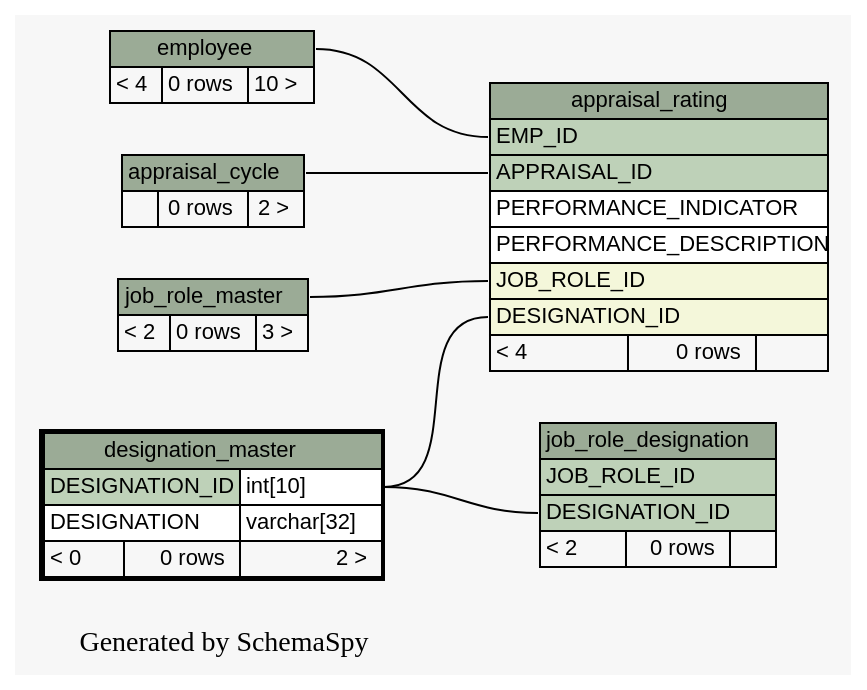
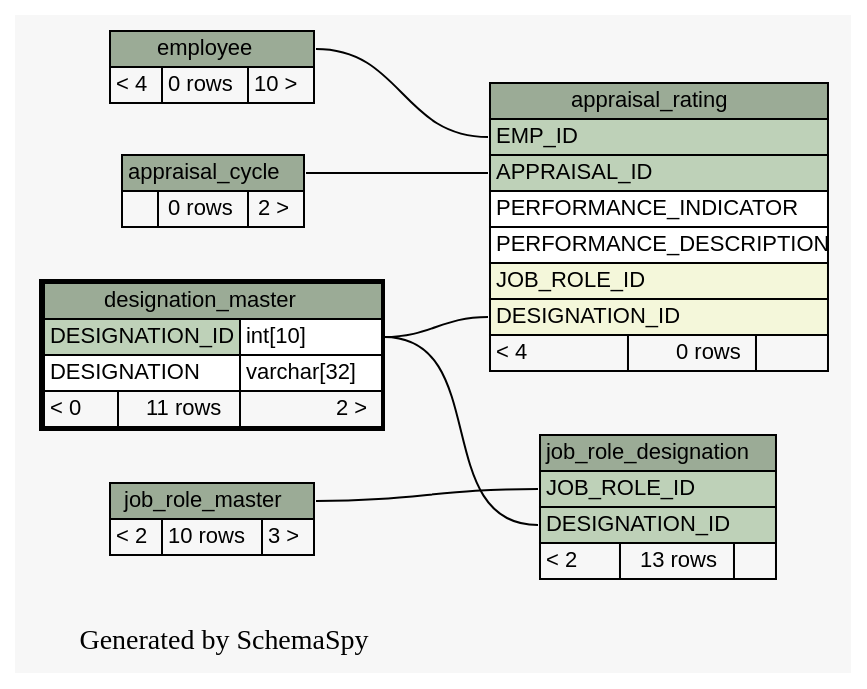
Before and after one commit to engineerscraft/hrms: the diagram in docs/database/schemaspy/graphs/designation_master.2degrees.dot, drawn with Graphviz. The commit also changed 174 other files, not shown here.

```diff
--- a/docs/database/schemaspy/graphs/designation_master.2degrees.dot
+++ b/docs/database/schemaspy/graphs/designation_master.2degrees.dot
@@ -1,86 +1,86 @@
 // dot 2.38.0 on Windows 7 6.1
 digraph "twoDegreesRelationshipsGraph" {
   graph [
     rankdir="RL"
     bgcolor="#f7f7f7"
     label="\nGenerated by SchemaSpy"
     labeljust="l"
   ];
   node [
     fontname="Helvetica"
     fontsize="11"
     shape="plaintext"
   ];
   edge [
     arrowsize="0.8"
   ];
   "appraisal_rating":"APPRAISAL_ID":w -> "appraisal_cycle":"appraisal_cycle.heading":e [arrowtail=crowtee arrowhead=none];
   "appraisal_rating":"DESIGNATION_ID":w -> "designation_master":"DESIGNATION_ID.type":e [arrowtail=crowodot arrowhead=none];
   "appraisal_rating":"EMP_ID":w -> "employee":"employee.heading":e [arrowtail=crowtee arrowhead=none];
-  "appraisal_rating":"JOB_ROLE_ID":w -> "job_role_master":"job_role_master.heading":e [arrowtail=crowodot arrowhead=none];
   "job_role_designation":"DESIGNATION_ID":w -> "designation_master":"DESIGNATION_ID.type":e [arrowtail=crowtee arrowhead=none];
+  "job_role_designation":"JOB_ROLE_ID":w -> "job_role_master":"job_role_master.heading":e [arrowtail=crowtee arrowhead=none];
   "appraisal_cycle" [
     label=<
     <TABLE BORDER="0" CELLBORDER="1" CELLSPACING="0" BGCOLOR="#ffffff">
       <TR><TD PORT="appraisal_cycle.heading" COLSPAN="3" BGCOLOR="#9bab96" ALIGN="CENTER">appraisal_cycle</TD></TR>
       <TR><TD ALIGN="LEFT" BGCOLOR="#f7f7f7">  </TD><TD ALIGN="RIGHT" BGCOLOR="#f7f7f7">0 rows</TD><TD ALIGN="RIGHT" BGCOLOR="#f7f7f7">2 &gt;</TD></TR>
     </TABLE>>
     URL="appraisal_cycle.html#graph"
     tooltip="appraisal_cycle"
   ];
   "appraisal_rating" [
     label=<
     <TABLE BORDER="0" CELLBORDER="1" CELLSPACING="0" BGCOLOR="#ffffff">
       <TR><TD PORT="appraisal_rating.heading" COLSPAN="3" BGCOLOR="#9bab96" ALIGN="CENTER">appraisal_rating</TD></TR>
       <TR><TD PORT="EMP_ID" COLSPAN="3" BGCOLOR="#bed1b8" ALIGN="LEFT">EMP_ID</TD></TR>
       <TR><TD PORT="APPRAISAL_ID" COLSPAN="3" BGCOLOR="#bed1b8" ALIGN="LEFT">APPRAISAL_ID</TD></TR>
       <TR><TD PORT="PERFORMANCE_INDICATOR" COLSPAN="3" ALIGN="LEFT">PERFORMANCE_INDICATOR</TD></TR>
       <TR><TD PORT="PERFORMANCE_DESCRIPTION" COLSPAN="3" ALIGN="LEFT">PERFORMANCE_DESCRIPTION</TD></TR>
       <TR><TD PORT="JOB_ROLE_ID" COLSPAN="3" BGCOLOR="#f4f7da" ALIGN="LEFT">JOB_ROLE_ID</TD></TR>
       <TR><TD PORT="DESIGNATION_ID" COLSPAN="3" BGCOLOR="#f4f7da" ALIGN="LEFT">DESIGNATION_ID</TD></TR>
       <TR><TD ALIGN="LEFT" BGCOLOR="#f7f7f7">&lt; 4</TD><TD ALIGN="RIGHT" BGCOLOR="#f7f7f7">0 rows</TD><TD ALIGN="RIGHT" BGCOLOR="#f7f7f7">  </TD></TR>
     </TABLE>>
     URL="appraisal_rating.html#graph"
     tooltip="appraisal_rating"
   ];
   "designation_master" [
     label=<
     <TABLE BORDER="2" CELLBORDER="1" CELLSPACING="0" BGCOLOR="#ffffff">
       <TR><TD PORT="designation_master.heading" COLSPAN="3" BGCOLOR="#9bab96" ALIGN="CENTER">designation_master</TD></TR>
       <TR><TD PORT="DESIGNATION_ID" COLSPAN="2" BGCOLOR="#bed1b8" ALIGN="LEFT">DESIGNATION_ID</TD><TD PORT="DESIGNATION_ID.type" ALIGN="LEFT">int[10]</TD></TR>
       <TR><TD PORT="DESIGNATION" COLSPAN="2" ALIGN="LEFT">DESIGNATION</TD><TD PORT="DESIGNATION.type" ALIGN="LEFT">varchar[32]</TD></TR>
-      <TR><TD ALIGN="LEFT" BGCOLOR="#f7f7f7">&lt; 0</TD><TD ALIGN="RIGHT" BGCOLOR="#f7f7f7">0 rows</TD><TD ALIGN="RIGHT" BGCOLOR="#f7f7f7">2 &gt;</TD></TR>
+      <TR><TD ALIGN="LEFT" BGCOLOR="#f7f7f7">&lt; 0</TD><TD ALIGN="RIGHT" BGCOLOR="#f7f7f7">11 rows</TD><TD ALIGN="RIGHT" BGCOLOR="#f7f7f7">2 &gt;</TD></TR>
     </TABLE>>
     URL="designation_master.html#"
     tooltip="designation_master"
   ];
   "employee" [
     label=<
     <TABLE BORDER="0" CELLBORDER="1" CELLSPACING="0" BGCOLOR="#ffffff">
       <TR><TD PORT="employee.heading" COLSPAN="3" BGCOLOR="#9bab96" ALIGN="CENTER">employee</TD></TR>
       <TR><TD ALIGN="LEFT" BGCOLOR="#f7f7f7">&lt; 4</TD><TD ALIGN="RIGHT" BGCOLOR="#f7f7f7">0 rows</TD><TD ALIGN="RIGHT" BGCOLOR="#f7f7f7">10 &gt;</TD></TR>
     </TABLE>>
     URL="employee.html#graph"
     tooltip="employee"
   ];
   "job_role_designation" [
     label=<
     <TABLE BORDER="0" CELLBORDER="1" CELLSPACING="0" BGCOLOR="#ffffff">
       <TR><TD PORT="job_role_designation.heading" COLSPAN="3" BGCOLOR="#9bab96" ALIGN="CENTER">job_role_designation</TD></TR>
       <TR><TD PORT="JOB_ROLE_ID" COLSPAN="3" BGCOLOR="#bed1b8" ALIGN="LEFT">JOB_ROLE_ID</TD></TR>
       <TR><TD PORT="DESIGNATION_ID" COLSPAN="3" BGCOLOR="#bed1b8" ALIGN="LEFT">DESIGNATION_ID</TD></TR>
-      <TR><TD ALIGN="LEFT" BGCOLOR="#f7f7f7">&lt; 2</TD><TD ALIGN="RIGHT" BGCOLOR="#f7f7f7">0 rows</TD><TD ALIGN="RIGHT" BGCOLOR="#f7f7f7">  </TD></TR>
+      <TR><TD ALIGN="LEFT" BGCOLOR="#f7f7f7">&lt; 2</TD><TD ALIGN="RIGHT" BGCOLOR="#f7f7f7">13 rows</TD><TD ALIGN="RIGHT" BGCOLOR="#f7f7f7">  </TD></TR>
     </TABLE>>
     URL="job_role_designation.html#graph"
     tooltip="job_role_designation"
   ];
   "job_role_master" [
     label=<
     <TABLE BORDER="0" CELLBORDER="1" CELLSPACING="0" BGCOLOR="#ffffff">
       <TR><TD PORT="job_role_master.heading" COLSPAN="3" BGCOLOR="#9bab96" ALIGN="CENTER">job_role_master</TD></TR>
-      <TR><TD ALIGN="LEFT" BGCOLOR="#f7f7f7">&lt; 2</TD><TD ALIGN="RIGHT" BGCOLOR="#f7f7f7">0 rows</TD><TD ALIGN="RIGHT" BGCOLOR="#f7f7f7">3 &gt;</TD></TR>
+      <TR><TD ALIGN="LEFT" BGCOLOR="#f7f7f7">&lt; 2</TD><TD ALIGN="RIGHT" BGCOLOR="#f7f7f7">10 rows</TD><TD ALIGN="RIGHT" BGCOLOR="#f7f7f7">3 &gt;</TD></TR>
     </TABLE>>
     URL="job_role_master.html#graph"
     tooltip="job_role_master"
   ];
 }
```
